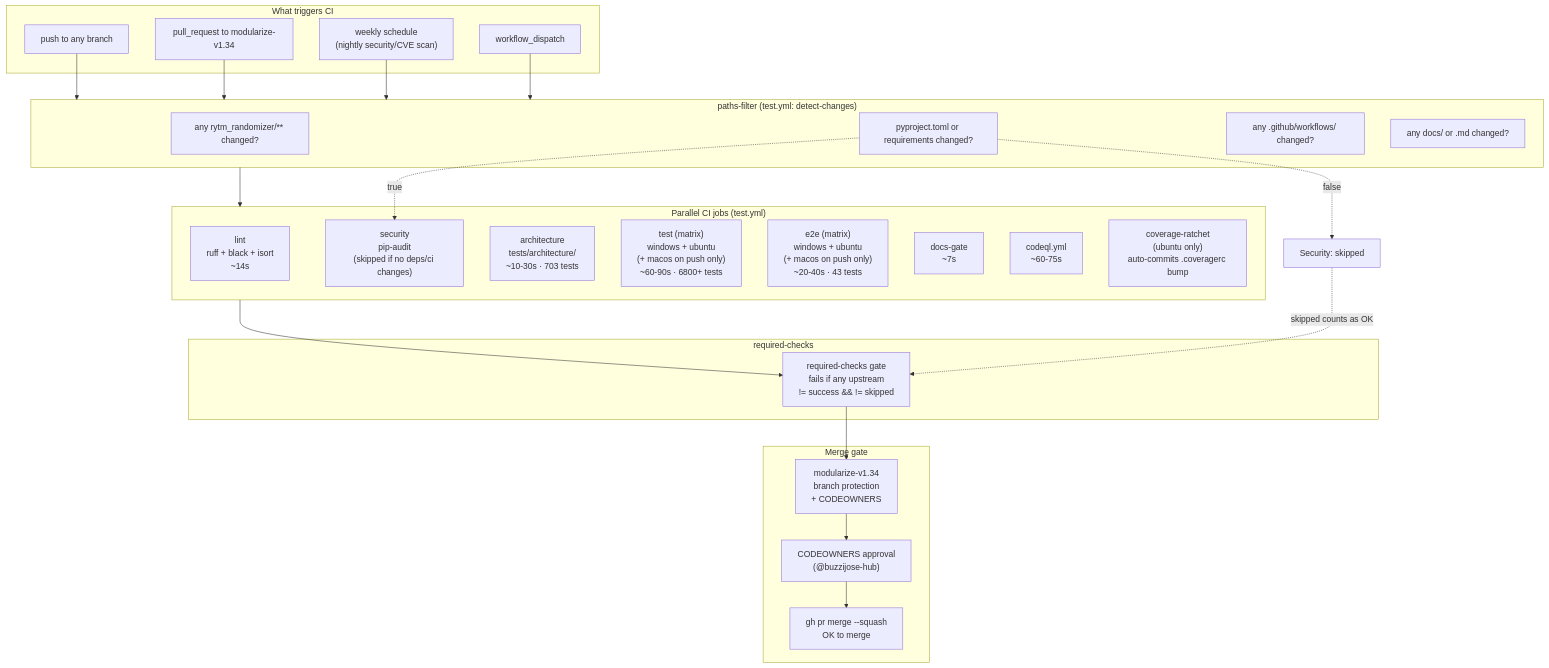
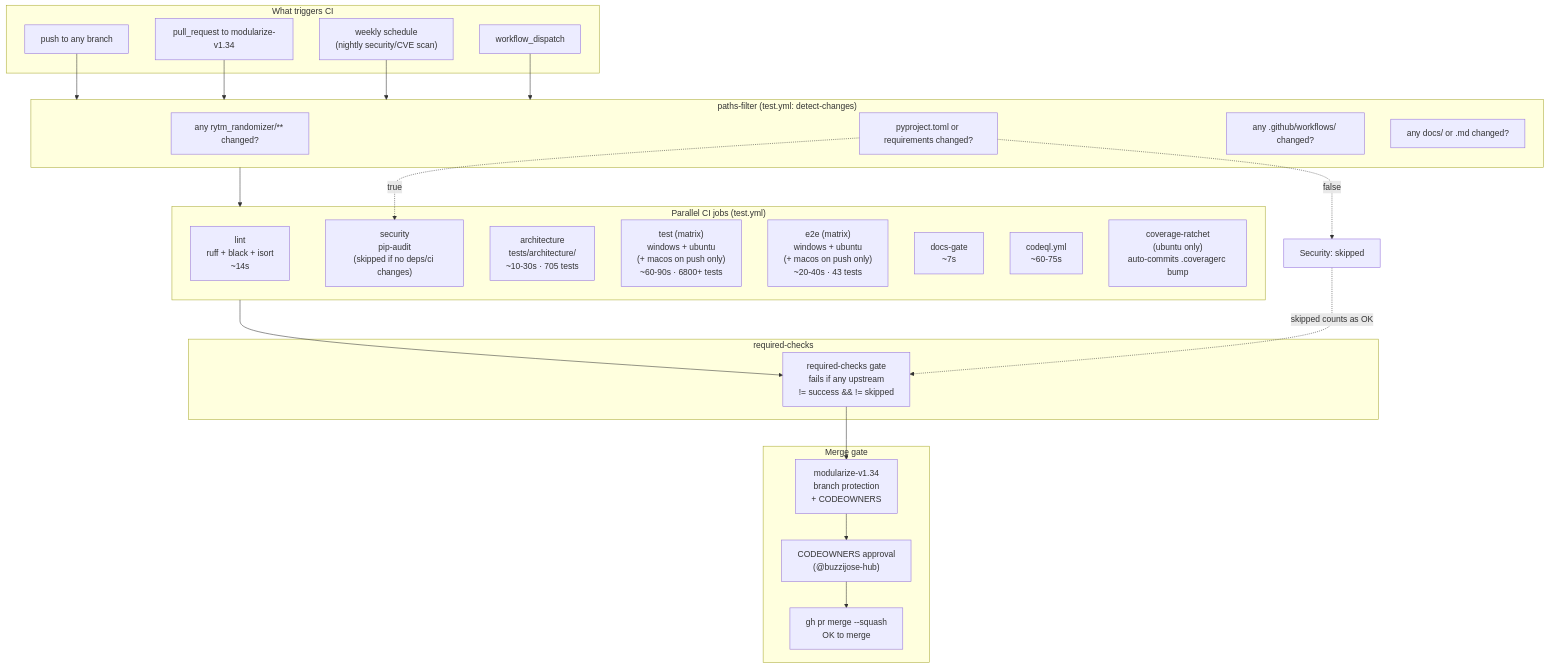
Before and after one commit to buzzijose-hub/RytmRandomizer: diagram 11 of 34 in docs/ARCHITECTURE_DIAGRAMS.md, drawn with Mermaid. The commit also changed other lines of this file and 32 other files, not shown here.

````diff
--- a/docs/ARCHITECTURE_DIAGRAMS.md
+++ b/docs/ARCHITECTURE_DIAGRAMS.md
@@ -856,53 +856,53 @@
 ```mermaid
 flowchart TB
     subgraph Trigger["What triggers CI"]
         Push["push to any branch"]
         PR["pull_request to modularize-v1.34"]
         Schedule["weekly schedule<br/>(nightly security/CVE scan)"]
         Manual["workflow_dispatch"]
     end
 
     subgraph PathFilter["paths-filter (test.yml: detect-changes)"]
         DetectCode["any rytm_randomizer/** changed?"]
         DetectDeps["pyproject.toml or requirements changed?"]
         DetectCI["any .github/workflows/ changed?"]
         DetectDocs["any docs/ or .md changed?"]
     end
 
     subgraph Jobs["Parallel CI jobs (test.yml)"]
         Lint["lint<br/>ruff + black + isort<br/>~14s"]
         Security["security<br/>pip-audit<br/>(skipped if no deps/ci changes)"]
-        Architecture["architecture<br/>tests/architecture/<br/>~10-30s · 703 tests"]
+        Architecture["architecture<br/>tests/architecture/<br/>~10-30s · 705 tests"]
         TestMatrix["test (matrix)<br/>windows + ubuntu<br/>(+ macos on push only)<br/>~60-90s · 6800+ tests"]
         E2EMatrix["e2e (matrix)<br/>windows + ubuntu<br/>(+ macos on push only)<br/>~20-40s · 43 tests"]
         DocsGate["docs-gate<br/>~7s"]
         CodeQL["codeql.yml<br/>~60-75s"]
         CoverageRatchet["coverage-ratchet<br/>(ubuntu only)<br/>auto-commits .coveragerc bump"]
     end
 
     subgraph Aggregator["required-checks"]
         Gate["required-checks gate<br/>fails if any upstream<br/>!= success && != skipped"]
     end
 
     subgraph MergeGate["Merge gate"]
         BranchProtection["modularize-v1.34<br/>branch protection<br/>+ CODEOWNERS"]
         Approval["CODEOWNERS approval<br/>(@buzzijose-hub)"]
         Merge["gh pr merge --squash<br/>OK to merge"]
     end
 
     Push --> PathFilter
     PR --> PathFilter
     Schedule --> PathFilter
     Manual --> PathFilter
 
     PathFilter --> Jobs
 
     Jobs --> Gate
     Gate --> BranchProtection
     BranchProtection --> Approval
     Approval --> Merge
 
     DetectDeps -.->|"true"| Security
     DetectDeps -.->|"false"| Skip1["Security: skipped"]
     Skip1 -.->|"skipped counts as OK"| Gate
 ```
````
